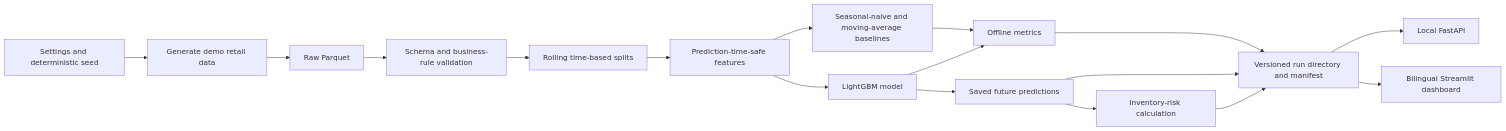
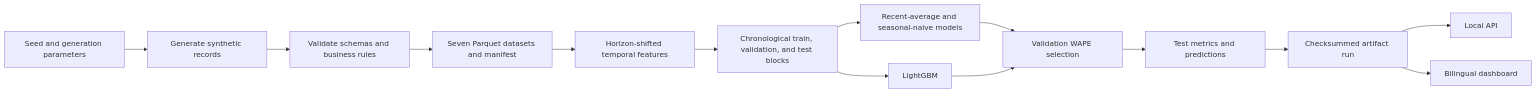
One commit to SebastianGaray/retail-demand-intelligence changed the second of 2 diagrams in docs/architecture/overview.md. Above: the diagram before and after it, drawn with Mermaid. The commit also changed other lines of this file and 9 other files, not shown here.

````diff
--- a/docs/architecture/overview.md
+++ b/docs/architecture/overview.md
@@ -97,19 +43,16 @@
 ```mermaid
 flowchart LR
-    CFG["Settings and deterministic seed"] --> GEN["Generate demo retail data"]
-    GEN --> RAW["Raw Parquet"]
-    RAW --> VALIDATE["Schema and business-rule validation"]
-    VALIDATE --> SPLITS["Rolling time-based splits"]
-    SPLITS --> FEAT["Prediction-time-safe features"]
-    FEAT --> BASE["Seasonal-naive and moving-average baselines"]
-    FEAT --> LGBM["LightGBM model"]
-    BASE --> EVAL["Offline metrics"]
-    LGBM --> EVAL
-    LGBM --> FORECAST["Saved future predictions"]
-    FORECAST --> RISK["Inventory-risk calculation"]
-    EVAL --> RUN["Versioned run directory and manifest"]
-    FORECAST --> RUN
-    RISK --> RUN
-    RUN --> API["Local FastAPI"]
-    RUN --> UI["Bilingual Streamlit dashboard"]
+    CONFIG["Seed and generation parameters"] --> GENERATE["Generate synthetic records"]
+    GENERATE --> VALIDATE["Validate schemas and business rules"]
+    VALIDATE --> PARQUET["Seven Parquet datasets and manifest"]
+    PARQUET --> FEATURES["Horizon-shifted temporal features"]
+    FEATURES --> SPLIT["Chronological train, validation, and test blocks"]
+    SPLIT --> BASELINES["Recent-average and seasonal-naive models"]
+    SPLIT --> LGBM["LightGBM"]
+    BASELINES --> SELECT["Validation WAPE selection"]
+    LGBM --> SELECT
+    SELECT --> EVALUATE["Test metrics and predictions"]
+    EVALUATE --> RUN["Checksummed artifact run"]
+    RUN --> API["Local API"]
+    RUN --> UI["Bilingual dashboard"]
 ```
````
